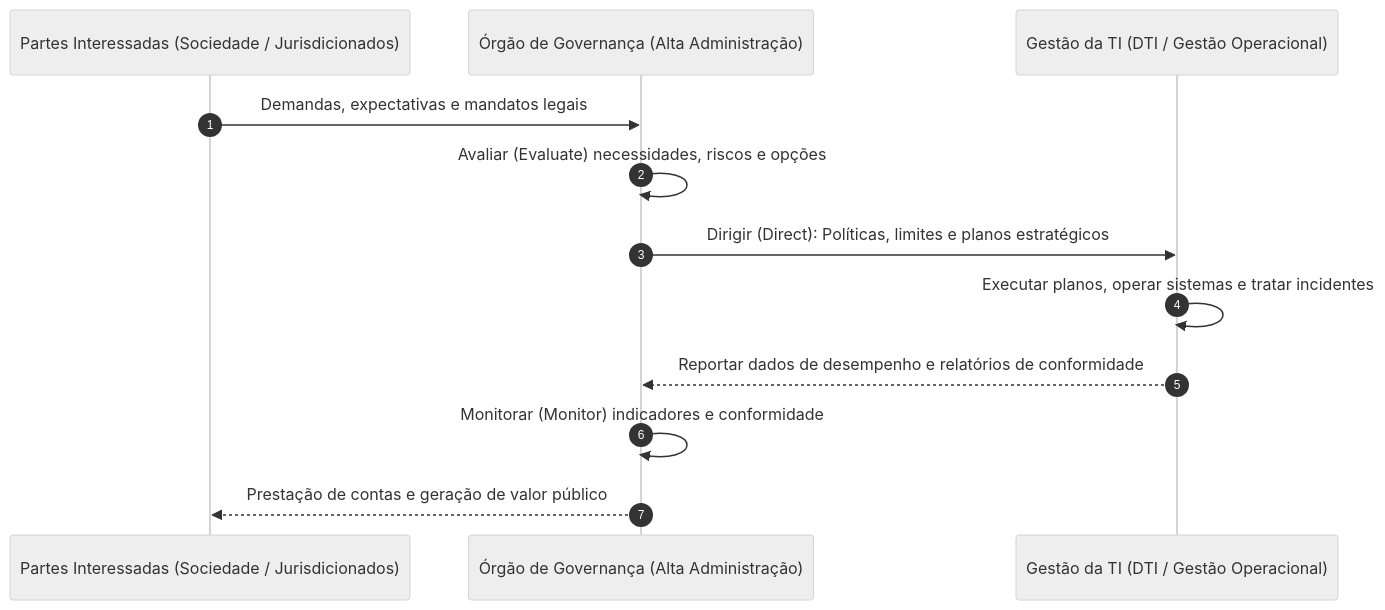
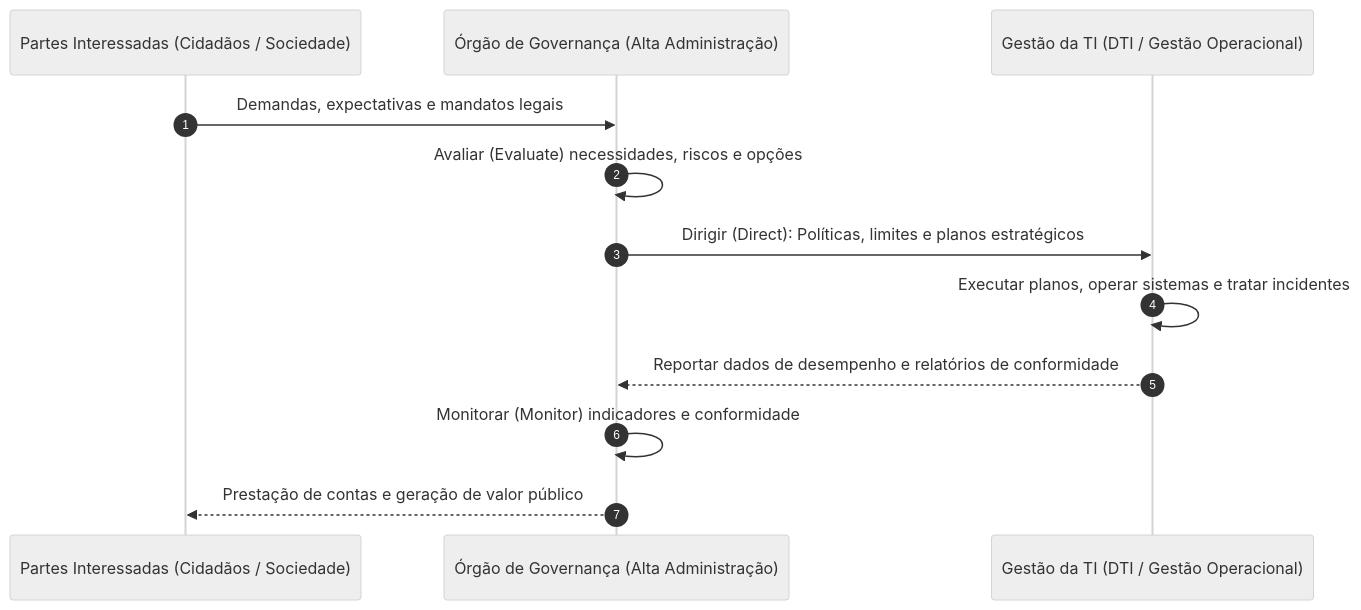
The second of 6 diagrams in fontes_de_estudo/conhecimentos_especificos_b02_ti/12_governanca_de_ti/01_fundamentos_governanca_cobit_2019_e_iso_38500.md (thiagosantos346/TCE-GO-2027), drawn with Mermaid (neutral theme) before and after one commit. The commit also changed other lines of this file and 119 other files, not shown here.

````diff
--- a/fontes_de_estudo/conhecimentos_especificos_b02_ti/12_governanca_de_ti/01_fundamentos_governanca_cobit_2019_e_iso_38500.md
+++ b/fontes_de_estudo/conhecimentos_especificos_b02_ti/12_governanca_de_ti/01_fundamentos_governanca_cobit_2019_e_iso_38500.md
@@ -121,15 +110,15 @@
 ```mermaid
 sequenceDiagram
     autonumber
-    participant SH as Partes Interessadas (Sociedade / Jurisdicionados)
+    participant SH as Partes Interessadas (Cidadãos / Sociedade)
     participant GOV as Órgão de Governança (Alta Administração)
     participant MGT as Gestão da TI (DTI / Gestão Operacional)
 
     SH->>GOV: Demandas, expectativas e mandatos legais
     GOV->>GOV: Avaliar (Evaluate) necessidades, riscos e opções
     GOV->>MGT: Dirigir (Direct): Políticas, limites e planos estratégicos
     MGT->>MGT: Executar planos, operar sistemas e tratar incidentes
     MGT-->>GOV: Reportar dados de desempenho e relatórios de conformidade
     GOV->>GOV: Monitorar (Monitor) indicadores e conformidade
     GOV-->>SH: Prestação de contas e geração de valor público
 ```
````
